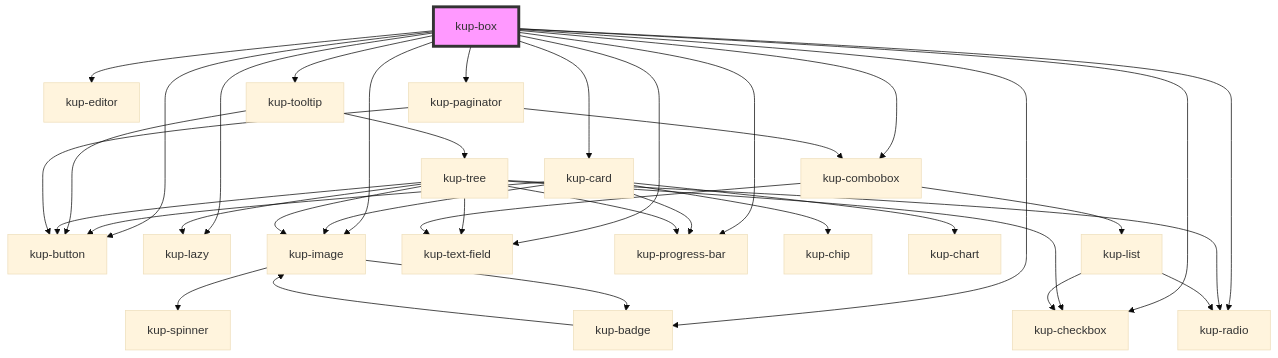
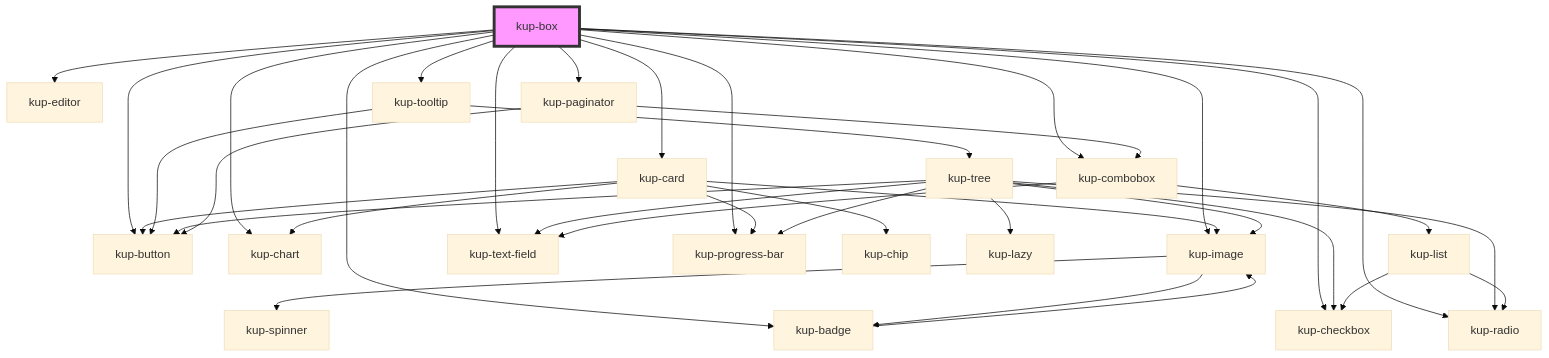
One commit to smeup/ketchup changed the diagram in packages/ketchup/src/components/kup-box/readme.md. Above: the diagram before and after it, drawn with Mermaid (base theme). The commit also changed other lines of this file and 5 other files, not shown here.

Commit message:
Box classes top aligned and bottom aligned. Removed kup-lazy from box.

````diff
--- a/packages/ketchup/src/components/kup-box/readme.md
+++ b/packages/ketchup/src/components/kup-box/readme.md
@@ -99,40 +99,40 @@
 ```mermaid
 graph TD;
   kup-box --> kup-card
   kup-box --> kup-checkbox
   kup-box --> kup-badge
   kup-box --> kup-button
-  kup-box --> kup-lazy
+  kup-box --> kup-chart
   kup-box --> kup-editor
   kup-box --> kup-image
   kup-box --> kup-text-field
   kup-box --> kup-progress-bar
   kup-box --> kup-radio
   kup-box --> kup-tooltip
   kup-box --> kup-combobox
   kup-box --> kup-paginator
   kup-card --> kup-image
   kup-card --> kup-chip
   kup-card --> kup-button
   kup-card --> kup-progress-bar
   kup-card --> kup-chart
   kup-image --> kup-spinner
   kup-image --> kup-badge
   kup-badge --> kup-image
   kup-tooltip --> kup-button
   kup-tooltip --> kup-tree
   kup-tree --> kup-lazy
   kup-tree --> kup-button
   kup-tree --> kup-checkbox
   kup-tree --> kup-image
   kup-tree --> kup-progress-bar
   kup-tree --> kup-radio
   kup-tree --> kup-text-field
   kup-combobox --> kup-text-field
   kup-combobox --> kup-list
   kup-list --> kup-radio
   kup-list --> kup-checkbox
   kup-paginator --> kup-button
   kup-paginator --> kup-combobox
   style kup-box fill:#f9f,stroke:#333,stroke-width:4px
 ```
````
